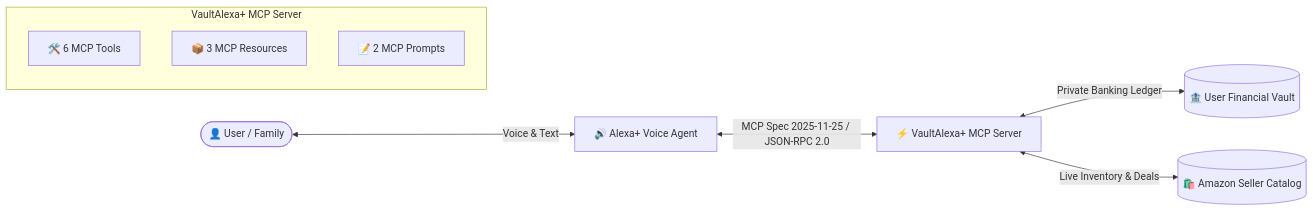
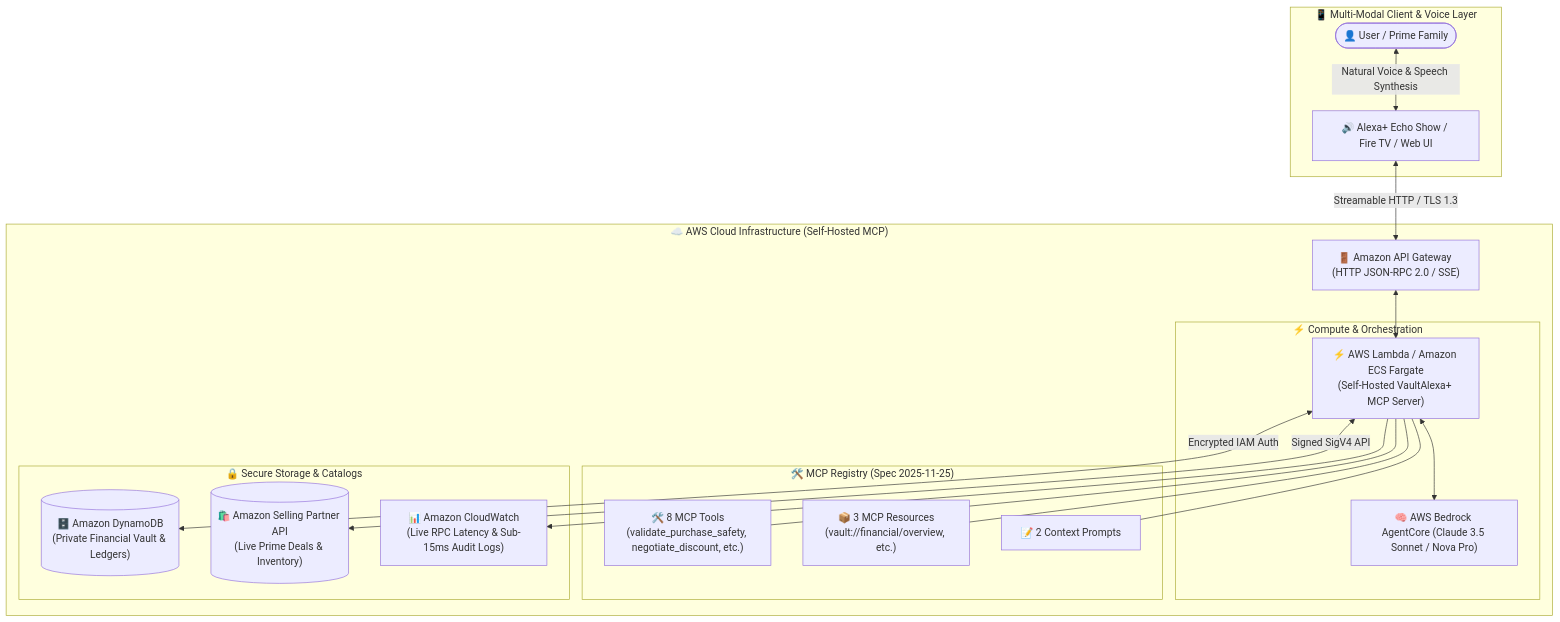
One commit to karyalangitdigital/vault-alexa-mcp changed the diagram in README.md. Above: the diagram before and after it, drawn with Mermaid. The commit also changed other lines of this file and 2 other files, not shown here.

Commit message:
feat(aws): optimize AWS Serverless architecture diagram, live MCP Inspector payloads, and interactive transfer trigger

````diff
--- a/README.md
+++ b/README.md
@@ -48,14 +48,39 @@
 ```mermaid
-flowchart LR
-    User([👤 User / Family]) <-->|Voice & Text| Alexa[🔊 Alexa+ Voice Agent]
-    Alexa <-->|MCP Spec 2025-11-25 / JSON-RPC 2.0| MCPServer[⚡ VaultAlexa+ MCP Server]
-    
-    subgraph "VaultAlexa+ MCP Server"
-        Tools[🛠️ 6 MCP Tools]
-        Resources[📦 3 MCP Resources]
-        Prompts[📝 2 MCP Prompts]
+flowchart TD
+    subgraph ClientLayer ["📱 Multi-Modal Client & Voice Layer"]
+        User(["👤 User / Prime Family"])
+        AlexaDevice["🔊 Alexa+ Echo Show / Fire TV / Web UI"]
+        User <-->|Natural Voice & Speech Synthesis| AlexaDevice
     end
-    
-    MCPServer <-->|Private Banking Ledger| VaultDB[(🏦 User Financial Vault)]
-    MCPServer <-->|Live Inventory & Deals| AmazonAPI[(🛍️ Amazon Seller Catalog)]
+
+    subgraph AWSCloud ["☁️ AWS Cloud Infrastructure (Self-Hosted MCP)"]
+        APIGateway["🚪 Amazon API Gateway (HTTP JSON-RPC 2.0 / SSE)"]
+        
+        subgraph ComputeLayer ["⚡ Compute & Orchestration"]
+            BedrockAgent["🧠 AWS Bedrock AgentCore (Claude 3.5 Sonnet / Nova Pro)"]
+            LambdaMCP["⚡ AWS Lambda / Amazon ECS Fargate\n(Self-Hosted VaultAlexa+ MCP Server)"]
+        end
+
+        subgraph MCPRegistry ["🛠️ MCP Registry (Spec 2025-11-25)"]
+            MCPTools["🛠️ 8 MCP Tools\n(validate_purchase_safety, negotiate_discount, etc.)"]
+            MCPResources["📦 3 MCP Resources\n(vault://financial/overview, etc.)"]
+            MCPPrompts["📝 2 Context Prompts"]
+        end
+
+        subgraph StorageLayer ["🔒 Secure Storage & Catalogs"]
+            DynamoDB[("🗄️ Amazon DynamoDB\n(Private Financial Vault & Ledgers)")]
+            AmazonCatalog[("🛍️ Amazon Selling Partner API\n(Live Prime Deals & Inventory)")]
+            CloudWatch["📊 Amazon CloudWatch\n(Live RPC Latency & Sub-15ms Audit Logs)"]
+        end
+    end
+
+    AlexaDevice <-->|Streamable HTTP / TLS 1.3| APIGateway
+    APIGateway <--> LambdaMCP
+    LambdaMCP <--> BedrockAgent
+    LambdaMCP --- MCPTools
+    LambdaMCP --- MCPResources
+    LambdaMCP --- MCPPrompts
+    LambdaMCP <-->|Encrypted IAM Auth| DynamoDB
+    LambdaMCP <-->|Signed SigV4 API| AmazonCatalog
+    LambdaMCP --> CloudWatch
 ```
````
